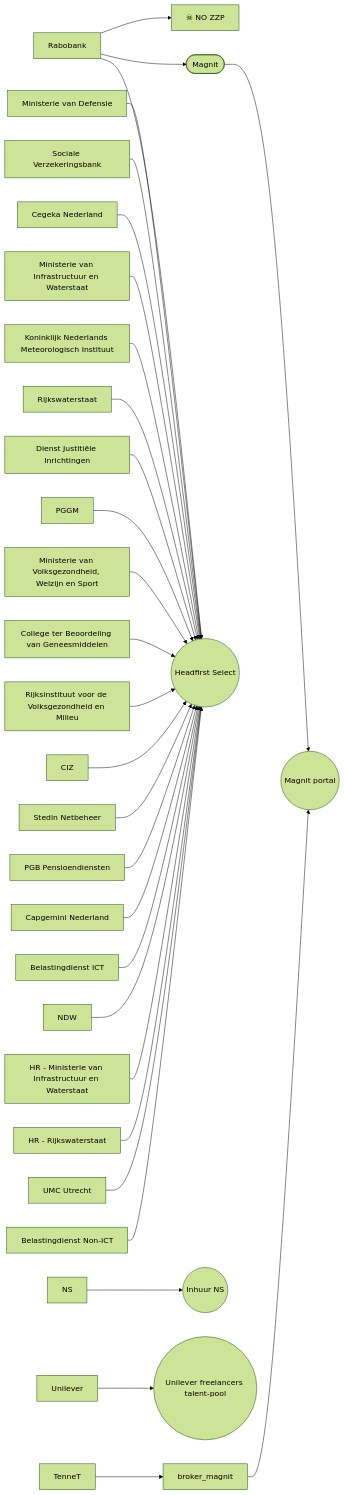
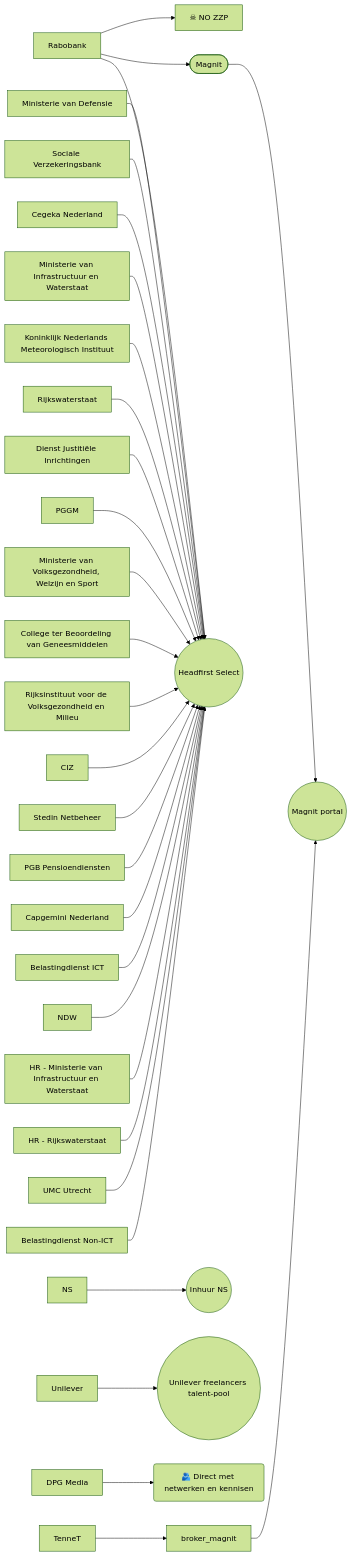
The second of 2 diagrams in README.md (bneijt/zzp_inhuur_diagram), drawn with Mermaid (forest theme) before and after one commit.

Commit message:
Voeg DPG media toe

````diff
--- a/README.md
+++ b/README.md
@@ -16,77 +16,80 @@
 ```mermaid
 flowchart LR
 state_no_zzp["☠ NO ZZP"]
 klant_rabobank["Rabobank"]
 klant_ns["NS"]
 klant_tennet["TenneT"]
 klant_rabobank["Rabobank"]
 klant_ministerie_van_defensie["Ministerie van Defensie"]
 klant_sociale_verzekeringsbank["Sociale Verzekeringsbank"]
 klant_cegeka_nederland["Cegeka Nederland"]
 klant_ministerie_van_infrastructuur_en_waterstaat["Ministerie van Infrastructuur en Waterstaat"]
 klant_koninklijk_nederlands_meteorologisch_instituut["Koninklijk Nederlands Meteorologisch Instituut"]
 klant_rijkswaterstaat["Rijkswaterstaat"]
 klant_dienst_justitiële_inrichtingen["Dienst Justitiële Inrichtingen"]
 klant_pggm["PGGM"]
 klant_ministerie_van_volksgezondheid,_welzijn_en_sport["Ministerie van Volksgezondheid, Welzijn en Sport"]
 klant_college_ter_beoordeling_van_geneesmiddelen["College ter Beoordeling van Geneesmiddelen"]
 klant_rijksinstituut_voor_de_volksgezondheid_en_milieu["Rijksinstituut voor de Volksgezondheid en Milieu"]
 klant_ciz["CIZ"]
 klant_stedin_netbeheer["Stedin Netbeheer"]
 klant_pgb_pensioendiensten["PGB Pensioendiensten"]
 klant_capgemini_nederland_["Capgemini Nederland "]
 klant_belastingdienst_ict["Belastingdienst ICT"]
 klant_ndw["NDW"]
 klant_hr_ministerie_van_infrastructuur_en_waterstaat["HR - Ministerie van Infrastructuur en Waterstaat"]
 klant_hr_rijkswaterstaat["HR - Rijkswaterstaat"]
 klant_umc_utrecht["UMC Utrecht"]
 klant_belastingdienst_non_ict["Belastingdienst Non-ICT"]
 klant_unilever["Unilever"]
+klant_dpg_media["DPG Media"]
 
 boker_magnit([Magnit])
 
 das_headfirst_select((Headfirst Select))
 click das_headfirst "https://platform.select.hr/" "https://platform.select.hr/"
 das_ns(("Inhuur NS"))
 click das_ns "https://inhuur-ns.my.site.com/" "https://inhuur-ns.my.site.com/"
 
 das_magnit(("Magnit portal"))
 click das_ns "https://portal.magnitglobal.com/" "https://portal.magnitglobal.com/"
 
 das_unilever_talentpool(("Unilever freelancers talent-pool"))
 click das_unilever_talentpool "https://unileverfreelancers.talent-pool.com/" "https://unileverfreelancers.talent-pool.com/"
+
+das_human("🫂 Direct met netwerken en kennisen")
 
 
 klant_rabobank --> state_no_zzp
 klant_rabobank --> boker_magnit --> das_magnit
 
 klant_ns --> das_ns
 
 klant_tennet --> broker_magnit --> das_magnit
 
 klant_rabobank --> das_headfirst_select
 klant_ministerie_van_defensie --> das_headfirst_select
 klant_sociale_verzekeringsbank --> das_headfirst_select
 klant_cegeka_nederland --> das_headfirst_select
 klant_ministerie_van_infrastructuur_en_waterstaat --> das_headfirst_select
 klant_koninklijk_nederlands_meteorologisch_instituut --> das_headfirst_select
 klant_rijkswaterstaat --> das_headfirst_select
 klant_dienst_justitiële_inrichtingen --> das_headfirst_select
 klant_pggm --> das_headfirst_select
 klant_ministerie_van_volksgezondheid,_welzijn_en_sport --> das_headfirst_select
 klant_college_ter_beoordeling_van_geneesmiddelen --> das_headfirst_select
 klant_rijksinstituut_voor_de_volksgezondheid_en_milieu --> das_headfirst_select
 klant_ciz --> das_headfirst_select
 klant_stedin_netbeheer --> das_headfirst_select
 klant_pgb_pensioendiensten --> das_headfirst_select
 klant_capgemini_nederland_ --> das_headfirst_select
 klant_belastingdienst_ict --> das_headfirst_select
 klant_ndw --> das_headfirst_select
 klant_hr_ministerie_van_infrastructuur_en_waterstaat --> das_headfirst_select
 klant_hr_rijkswaterstaat --> das_headfirst_select
 klant_umc_utrecht --> das_headfirst_select
 klant_belastingdienst_non_ict --> das_headfirst_select
 
 klant_unilever --> das_unilever_talentpool
-
+klant_dpg_media --> das_human
 ```
````
